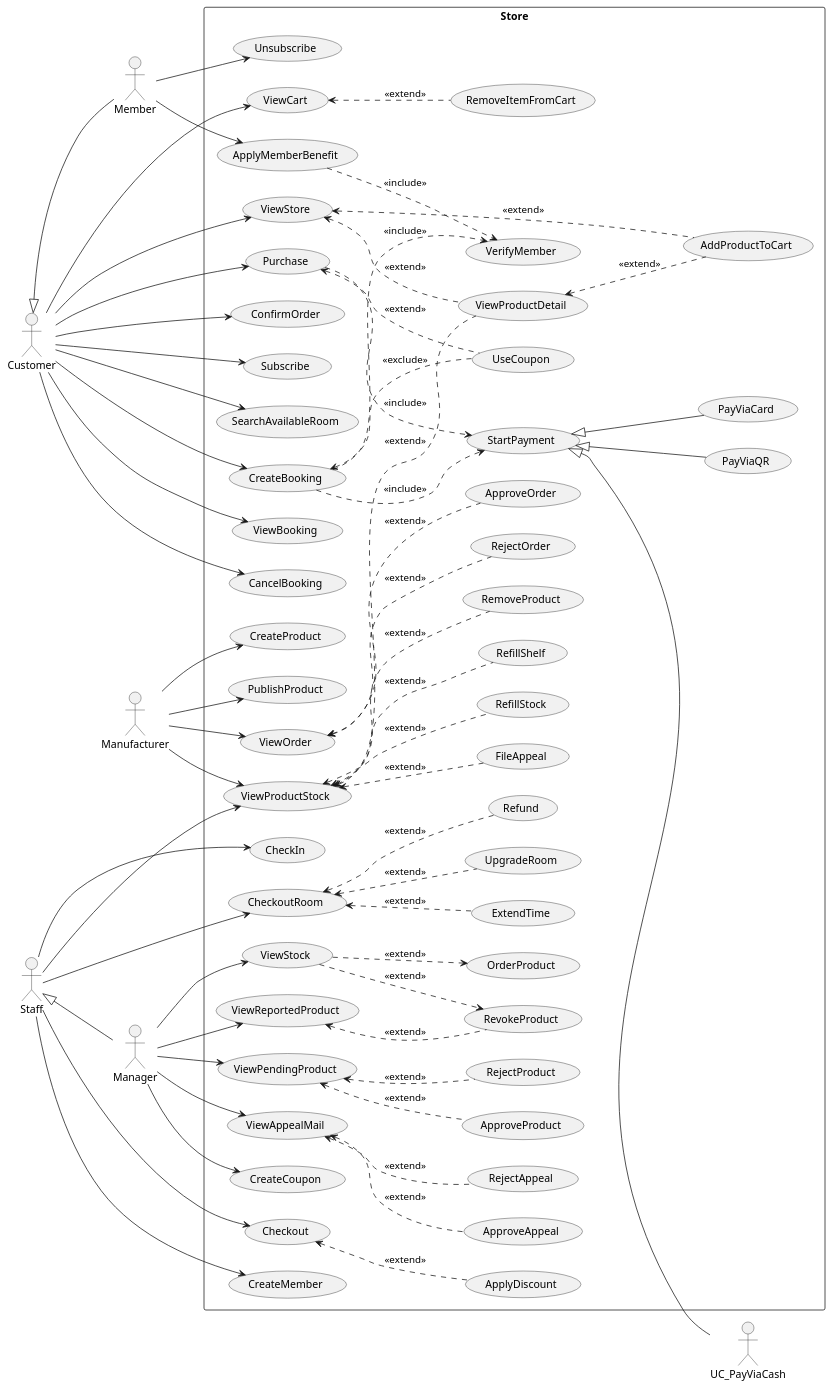
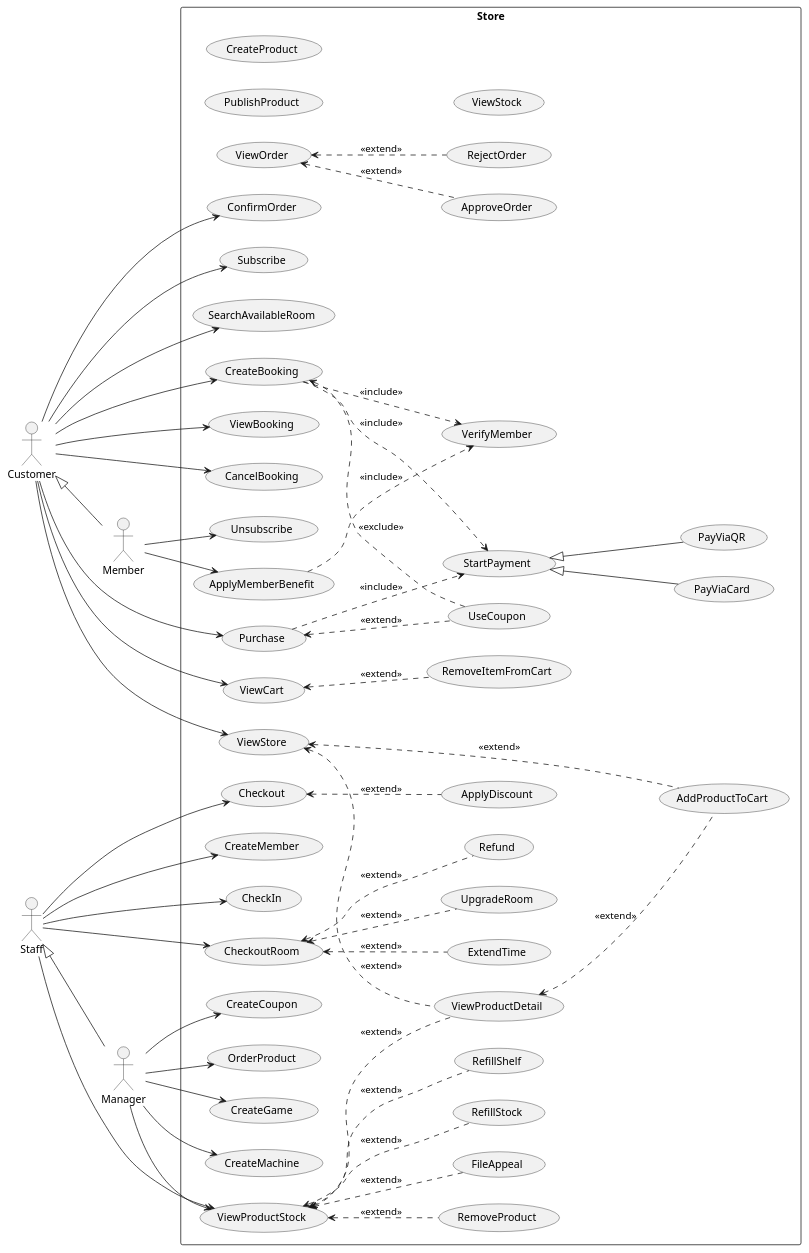
Before and after one commit to WaroonRagwongsiri/OOP_Project: the diagram in UseCaseDiagram/usecase_diagram.puml, drawn with PlantUML. The commit also changed 1 other file, not shown here.

Commit message:
Remove Manufacturer

```diff
--- a/UseCaseDiagram/usecase_diagram.puml
+++ b/UseCaseDiagram/usecase_diagram.puml
@@ -1,167 +1,142 @@
 @startuml UseCaseDiagram
 left to right direction
 
 ' =========================
 ' Actors (from hierarchy in Class Diagram)
 ' =========================
 actor "Customer" as A_Customer
 actor "Member" as A_Member
-actor "Manufacturer" as A_Manufacturer
 actor "Staff" as A_Staff
 actor "Manager" as A_Manager
 
 A_Customer <|-- A_Member
 A_Staff <|-- A_Manager
 
 rectangle "Store" {
 
 	'Customer'
 	usecase "AddProductToCart" as UC_AddProductToCart
 	usecase "ViewCart" as UC_ViewCart
 	usecase "RemoveItemFromCart" as UC_RemoveItemFromCart
 	usecase "ViewStore" as UC_ViewStore
 	usecase "ViewProductDetail" as UC_ViewProductDetail
 	usecase "Purchase" as UC_Purchase
 	usecase "UseCoupon" as UC_UseCoupon
 	usecase "ConfirmOrder" as UC_ConfirmOrder
 	usecase "Subscribe" as UC_Subscribe
 
 	'Payment'
 	usecase "StartPayment" as UC_StartPayment
 	usecase "PayViaCard" as UC_PayViaCard
 	usecase "PayViaQR" as UC_PayViaQR
 
 	'Member'
 	usecase "ApplyMemberBenefit" as UC_ApplyMemberBenefit
 	usecase "VerifyMember" as UC_VerifyMember
 	usecase "Unsubscribe" as UC_Unsubscribe
 
 	'Manufacturer'
 	usecase "PublishProduct" as UC_PublishProduct
 	usecase "ViewProductStock" as UC_ViewProductStock
 	usecase "ViewProductDetail" as UC_ViewProductDetail
 	usecase "RemoveProduct" as UC_RemoveProduct
 	usecase "FileAppeal" as UC_FileAppeal
 	usecase "ViewOrder" as UC_ViewOrder
 	usecase "ApproveOrder" as UC_ApproveOrder
 	usecase "RejectOrder" as UC_RejectOrder
 	usecase "CreateProduct" as UC_CreateProduct
 	usecase "RefillStock" as UC_RefillStock
 
 	'Staff'
 	usecase "Checkout" as UC_Checkout
 	usecase "ApplyDiscount" as UC_ApplyDiscount
 	usecase "CreateMember" as UC_CreateMember
 
 	'Manager'
-	usecase "ViewPendingProduct" as UC_ViewPendingProduct
-	usecase "ApproveProduct" as UC_ApproveProduct
-	usecase "RejectProduct" as UC_RejectProduct
-	usecase "ViewReportedProduct" as UC_ViewReportedProduct
-	usecase "RevokeProduct" as UC_RevokeProduct
-	usecase "ViewAppealMail" as UC_ViewAppealMail
-	usecase "ApproveAppeal" as UC_ApproveAppeal
-	usecase "RejectAppeal" as UC_RejectAppeal
+	usecase "CreateGame" as UC_CreateGame
+	usecase "CreateMachine" as UC_CreateMachine
 	usecase "ViewProductStock" as UC_ViewProductStock
 	usecase "RefillShelf" as UC_RefillShelf
 	usecase "CreateCoupon" as UC_CreateCoupon
 	usecase "OrderProduct" as UC_OrderProduct
 	usecase "ViewStock" as UC_ViewStock
 
 	'Room Booking'
 	usecase "SearchAvailableRoom" as UC_SearchAvailableRoom
 	usecase "CreateBooking" as UC_CreateBooking
 	usecase "ViewBooking" as UC_ViewBooking
 	usecase "CancelBooking" as UC_CancelBooking
 	usecase "CheckIn" as UC_CheckIn
 	usecase "ExtendTime" as UC_ExtendTime
 	usecase "UpgradeRoom" as UC_UpgradeRoom
 	usecase "CheckoutRoom" as UC_CheckoutRoom
 	usecase "Refund" as UC_Refund
 }
 
 'Customer'
 A_Customer --> UC_ViewCart
 A_Customer --> UC_ViewStore
 A_Customer --> UC_Purchase
 A_Customer --> UC_ConfirmOrder
 A_Customer --> UC_Subscribe
 
 UC_ViewStore <.. UC_AddProductToCart : <<extend>>
 UC_ViewStore <.. UC_ViewProductDetail : <<extend>>
 
 UC_ViewProductDetail <.. UC_AddProductToCart : <<extend>>
 
 UC_ViewCart <.. UC_RemoveItemFromCart : <<extend>>
 
 UC_Purchase <.. UC_UseCoupon : <<extend>>
 UC_Purchase ..> UC_StartPayment : <<include>>
 
 'Payment'
-UC_StartPayment <|-- UC_PayViaCash
 UC_StartPayment <|-- UC_PayViaCard
 UC_StartPayment <|-- UC_PayViaQR
 
 'Member'
 A_Member --> UC_ApplyMemberBenefit
 A_Member --> UC_Unsubscribe
 
 UC_ApplyMemberBenefit ..> UC_VerifyMember : <<include>>
-
-'Manufacturer'
-A_Manufacturer --> UC_PublishProduct
-A_Manufacturer --> UC_ViewProductStock
-A_Manufacturer --> UC_ViewOrder
-A_Manufacturer --> UC_CreateProduct
 
 UC_ViewOrder <.. UC_ApproveOrder : <<extend>>
 UC_ViewOrder <.. UC_RejectOrder : <<extend>>
 
 UC_ViewProductStock <.. UC_RemoveProduct : <<extend>>
 UC_ViewProductStock <.. UC_ViewProductDetail : <<extend>>
 UC_ViewProductStock <.. UC_FileAppeal : <<extend>>
 UC_ViewProductStock <.. UC_RefillStock : <<extend>>
 
 'Staff'
 A_Staff --> UC_Checkout
 A_Staff --> UC_ViewProductStock
 A_Staff --> UC_CreateMember
 A_Staff --> UC_CheckIn
 A_Staff --> UC_CheckoutRoom
 
 UC_CheckoutRoom <.. UC_Refund : <<extend>>
 UC_CheckoutRoom <.. UC_ExtendTime : <<extend>>
 UC_CheckoutRoom <.. UC_UpgradeRoom : <<extend>>
 
 UC_Checkout <.. UC_ApplyDiscount : <<extend>>
 UC_ViewProductStock <.. UC_RefillShelf : <<extend>>
 
 'Manager'
-A_Manager --> UC_ViewReportedProduct
-A_Manager --> UC_ViewAppealMail
-A_Manager --> UC_ViewPendingProduct
 A_Manager --> UC_CreateCoupon
-A_Manager --> UC_ViewStock
-
-UC_ViewStock ..> UC_OrderProduct : <<extend>>
-UC_ViewStock ..> UC_RevokeProduct : <<extend>>
-
-UC_ViewReportedProduct <.. UC_RevokeProduct : <<extend>>
-
-UC_ViewAppealMail <.. UC_ApproveAppeal : <<extend>>
-UC_ViewAppealMail <.. UC_RejectAppeal : <<extend>>
-
-UC_ViewPendingProduct <.. UC_ApproveProduct : <<extend>>
-UC_ViewPendingProduct <.. UC_RejectProduct : <<extend>>
+A_Manager --> UC_ViewProductStock
+A_Manager --> UC_CreateGame
+A_Manager --> UC_CreateMachine
+A_Manager --> UC_OrderProduct
 
 'Customer / Member booking
 A_Customer --> UC_SearchAvailableRoom
 A_Customer --> UC_CreateBooking
 A_Customer --> UC_ViewBooking
 A_Customer --> UC_CancelBooking
 
 UC_CreateBooking ..> UC_VerifyMember : <<include>>
 UC_CreateBooking ..> UC_StartPayment : <<include>>
 UC_CreateBooking <.. UC_UseCoupon : <<exclude>>
 
 @enduml
```
